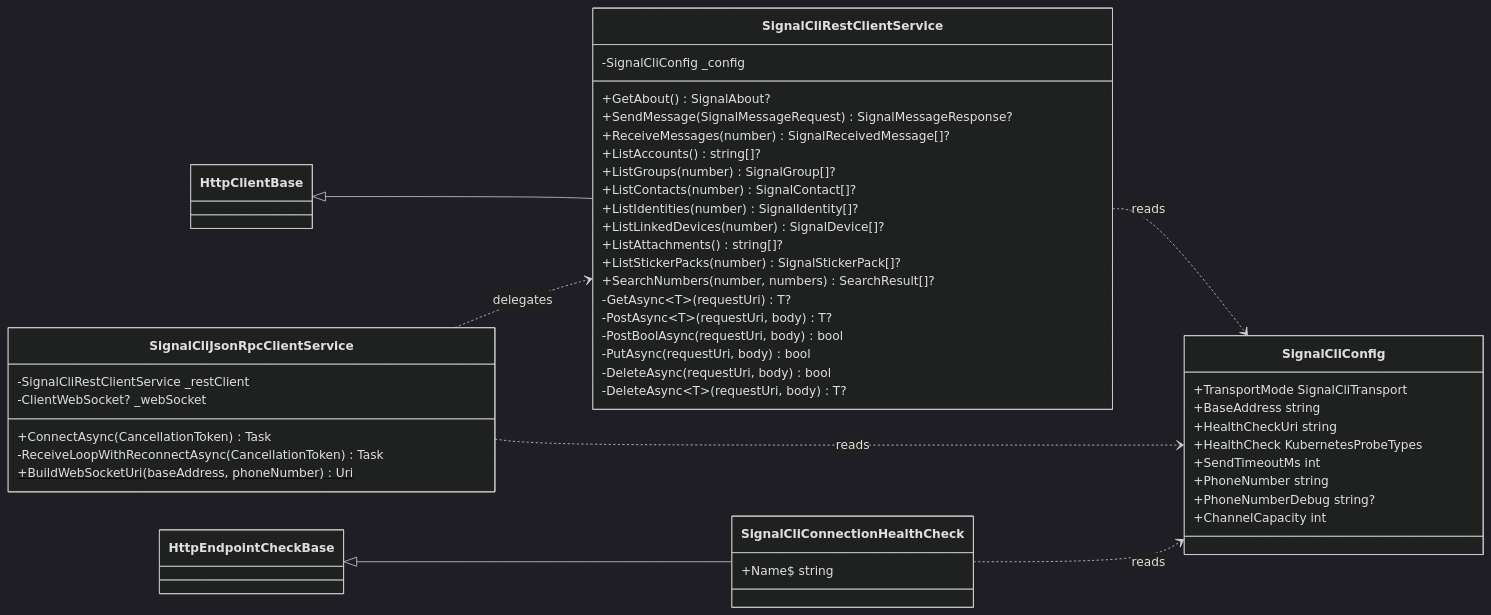
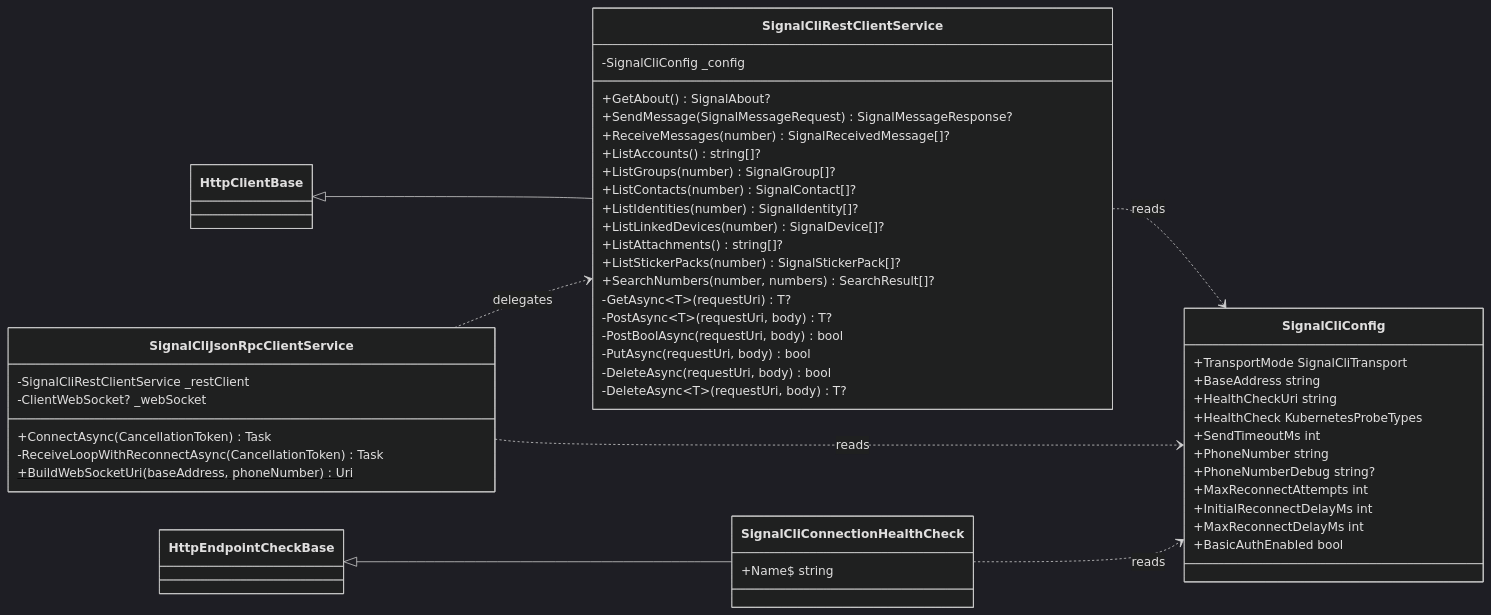
One commit to f2calv/SmartHaus changed the first of 2 diagrams in src/CasCap.Api.SignalCli/README.md. Above: the diagram before and after it, drawn with Mermaid (dark theme). The commit also changed other lines of this file and 2 other files, not shown here.

````diff
--- a/src/CasCap.Api.SignalCli/README.md
+++ b/src/CasCap.Api.SignalCli/README.md
@@ -213,56 +214,59 @@
 ```mermaid
 classDiagram
     direction LR
 
     HttpClientBase <|-- SignalCliRestClientService
     HttpEndpointCheckBase <|-- SignalCliConnectionHealthCheck
     SignalCliJsonRpcClientService ..> SignalCliRestClientService : delegates
 
     class SignalCliRestClientService {
         -SignalCliConfig _config
         +GetAbout() SignalAbout?
         +SendMessage(SignalMessageRequest) SignalMessageResponse?
         +ReceiveMessages(number) SignalReceivedMessage[]?
         +ListAccounts() string[]?
         +ListGroups(number) SignalGroup[]?
         +ListContacts(number) SignalContact[]?
         +ListIdentities(number) SignalIdentity[]?
         +ListLinkedDevices(number) SignalDevice[]?
         +ListAttachments() string[]?
         +ListStickerPacks(number) SignalStickerPack[]?
         +SearchNumbers(number, numbers) SearchResult[]?
         -GetAsync~T~(requestUri) T?
         -PostAsync~T~(requestUri, body) T?
         -PostBoolAsync(requestUri, body) bool
         -PutAsync(requestUri, body) bool
         -DeleteAsync(requestUri, body) bool
         -DeleteAsync~T~(requestUri, body) T?
     }
 
     class SignalCliJsonRpcClientService {
         -SignalCliRestClientService _restClient
         -ClientWebSocket? _webSocket
         +ConnectAsync(CancellationToken) Task
         -ReceiveLoopWithReconnectAsync(CancellationToken) Task
         +BuildWebSocketUri(baseAddress, phoneNumber)$ Uri
     }
 
     class SignalCliConnectionHealthCheck {
         +Name$ string
     }
 
     class SignalCliConfig {
         +TransportMode SignalCliTransport
         +BaseAddress string
         +HealthCheckUri string
         +HealthCheck KubernetesProbeTypes
         +SendTimeoutMs int
         +PhoneNumber string
         +PhoneNumberDebug string?
-        +ChannelCapacity int
+        +MaxReconnectAttempts int
+        +InitialReconnectDelayMs int
+        +MaxReconnectDelayMs int
+        +BasicAuthEnabled bool
     }
 
     SignalCliRestClientService ..> SignalCliConfig : reads
     SignalCliJsonRpcClientService ..> SignalCliConfig : reads
     SignalCliConnectionHealthCheck ..> SignalCliConfig : reads
 ```
````
